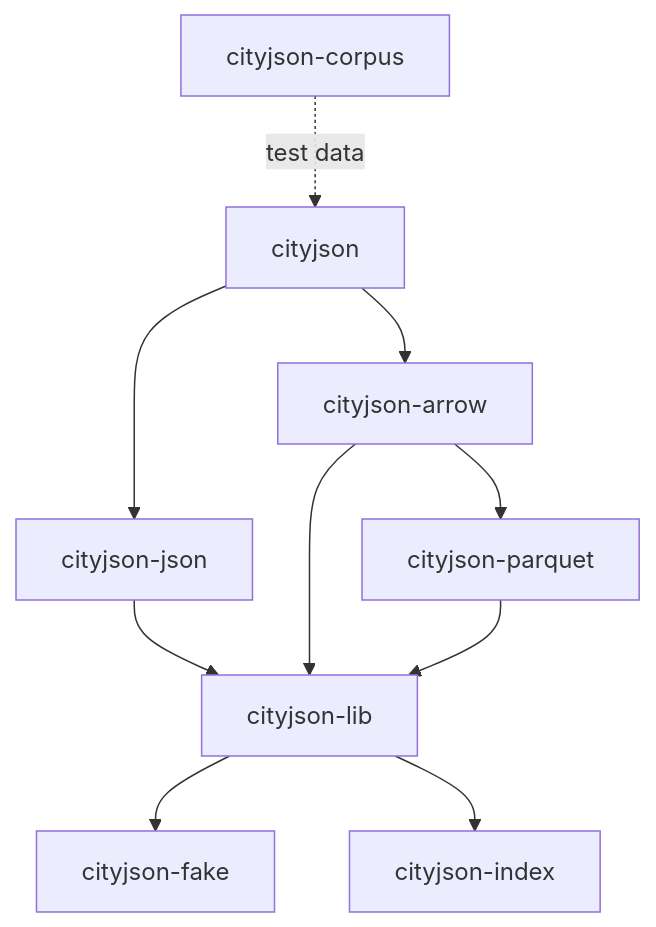
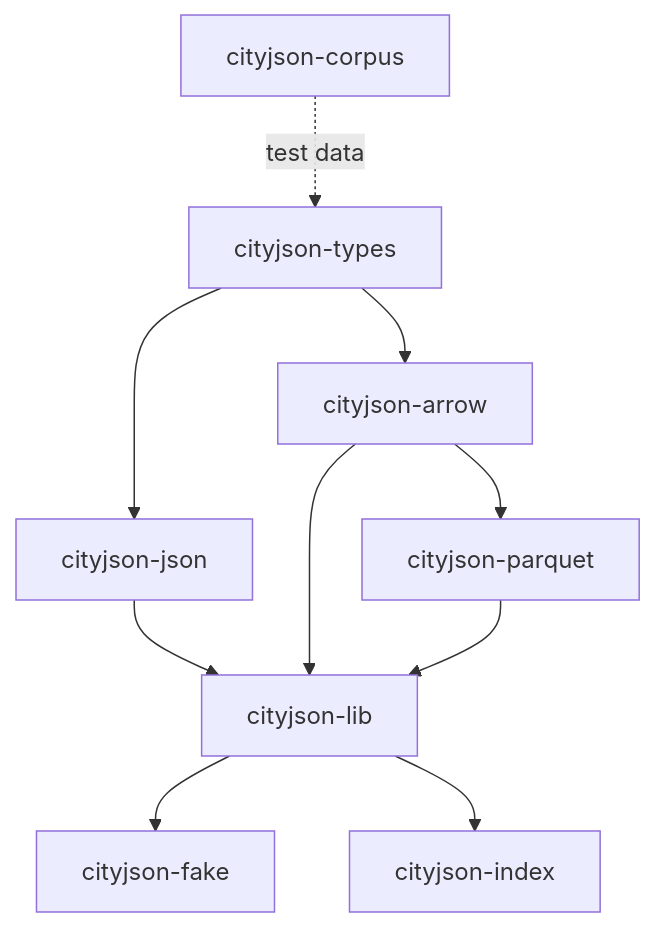
The diagram in README.md (3DGI/cityjson), drawn with Mermaid before and after one commit. The commit also changed other lines of this file and 252 other files, not shown here.

Commit message:
Rename cityjson crate to cityjson-types

````diff
--- a/README.md
+++ b/README.md
@@ -31,12 +31,12 @@
 ```mermaid
 graph TD
-    cityjson --> cityjson-json
-    cityjson --> cityjson-arrow
+    cityjson-types --> cityjson-json
+    cityjson-types --> cityjson-arrow
     cityjson-arrow --> cityjson-parquet
     cityjson-json --> cityjson-lib
     cityjson-arrow --> cityjson-lib
     cityjson-parquet --> cityjson-lib
     cityjson-lib --> cityjson-fake
     cityjson-lib --> cityjson-index
-    cityjson-corpus -.->|test data| cityjson
+    cityjson-corpus -.->|test data| cityjson-types
 ```
````
